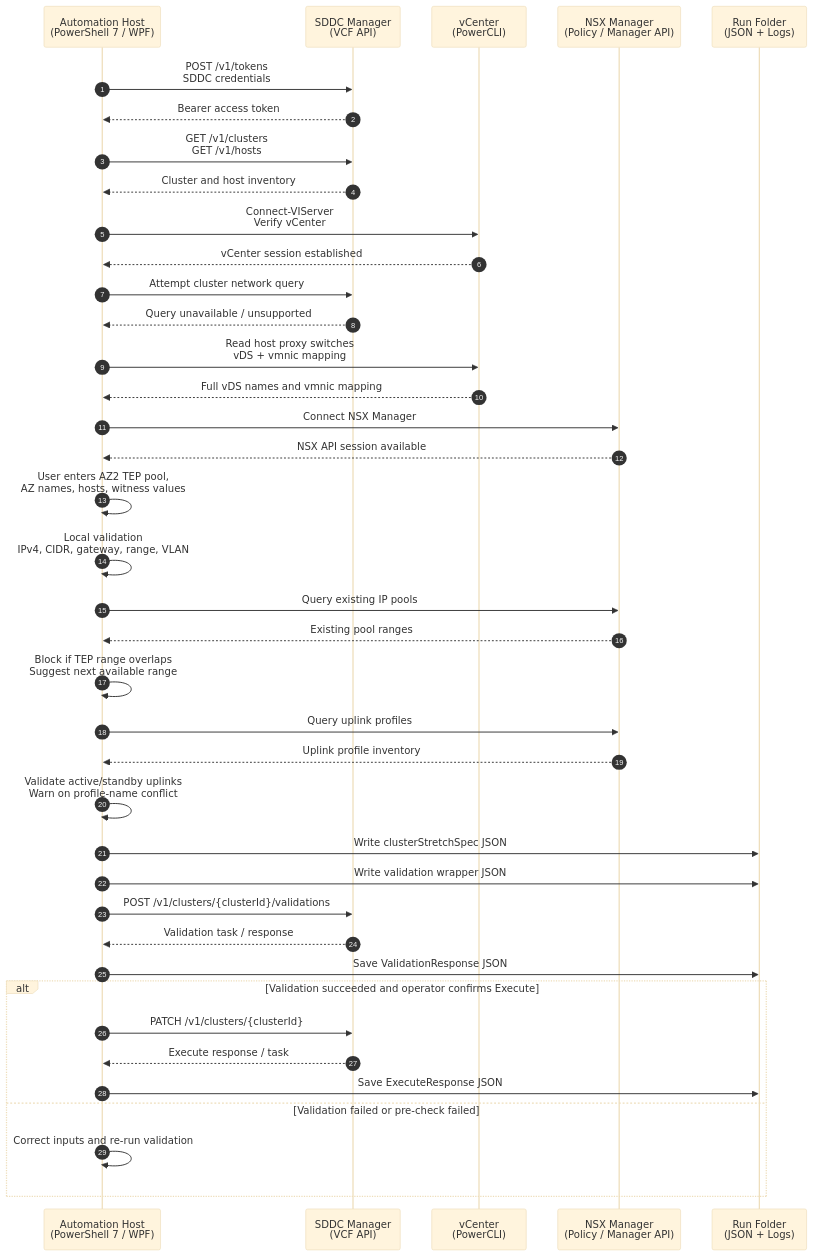
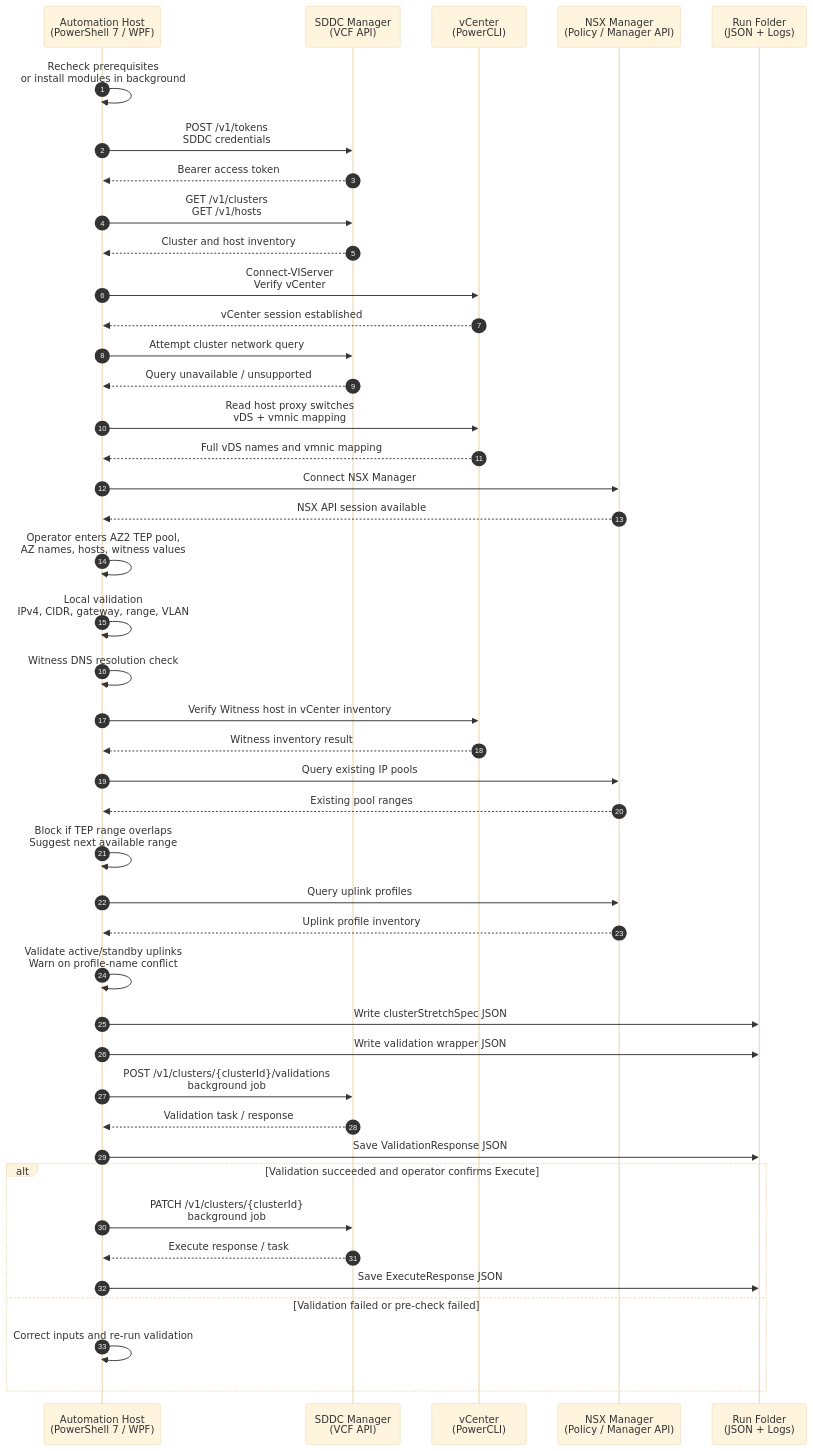
One commit to Achieve1molle/VCF9-Automated-APICall-StretchedCluster changed the diagram in README.md. Above: the diagram before and after it, drawn with Mermaid (base theme). The commit also changed other lines of this file, not shown here.

````diff
--- a/README.md
+++ b/README.md
@@ -137,52 +149,46 @@
 ```mermaid
 sequenceDiagram
     autonumber
     participant Runner as Automation Host<br/>(PowerShell 7 / WPF)
     participant SDDC as SDDC Manager<br/>(VCF API)
     participant VC as vCenter<br/>(PowerCLI)
     participant NSX as NSX Manager<br/>(Policy / Manager API)
     participant Disk as Run Folder<br/>(JSON + Logs)
 
+    Runner->>Runner: Recheck prerequisites<br/>or install modules in background
     Runner->>SDDC: POST /v1/tokens<br/>SDDC credentials
     SDDC-->>Runner: Bearer access token
-
     Runner->>SDDC: GET /v1/clusters<br/>GET /v1/hosts
     SDDC-->>Runner: Cluster and host inventory
-
     Runner->>VC: Connect-VIServer<br/>Verify vCenter
     VC-->>Runner: vCenter session established
-
     Runner->>SDDC: Attempt cluster network query
     SDDC-->>Runner: Query unavailable / unsupported
     Runner->>VC: Read host proxy switches<br/>vDS + vmnic mapping
     VC-->>Runner: Full vDS names and vmnic mapping
-
     Runner->>NSX: Connect NSX Manager
     NSX-->>Runner: NSX API session available
-
-    Runner->>Runner: User enters AZ2 TEP pool,<br/>AZ names, hosts, witness values
-
+    Runner->>Runner: Operator enters AZ2 TEP pool,<br/>AZ names, hosts, witness values
     Runner->>Runner: Local validation<br/>IPv4, CIDR, gateway, range, VLAN
+    Runner->>Runner: Witness DNS resolution check
+    Runner->>VC: Verify Witness host in vCenter inventory
+    VC-->>Runner: Witness inventory result
     Runner->>NSX: Query existing IP pools
     NSX-->>Runner: Existing pool ranges
     Runner->>Runner: Block if TEP range overlaps<br/>Suggest next available range
-
     Runner->>NSX: Query uplink profiles
     NSX-->>Runner: Uplink profile inventory
     Runner->>Runner: Validate active/standby uplinks<br/>Warn on profile-name conflict
-
     Runner->>Disk: Write clusterStretchSpec JSON
     Runner->>Disk: Write validation wrapper JSON
-
-    Runner->>SDDC: POST /v1/clusters/{clusterId}/validations
+    Runner->>SDDC: POST /v1/clusters/{clusterId}/validations<br/>background job
     SDDC-->>Runner: Validation task / response
     Runner->>Disk: Save ValidationResponse JSON
-
     alt Validation succeeded and operator confirms Execute
-        Runner->>SDDC: PATCH /v1/clusters/{clusterId}
+        Runner->>SDDC: PATCH /v1/clusters/{clusterId}<br/>background job
         SDDC-->>Runner: Execute response / task
         Runner->>Disk: Save ExecuteResponse JSON
     else Validation failed or pre-check failed
         Runner->>Runner: Correct inputs and re-run validation
     end
 ```
````
